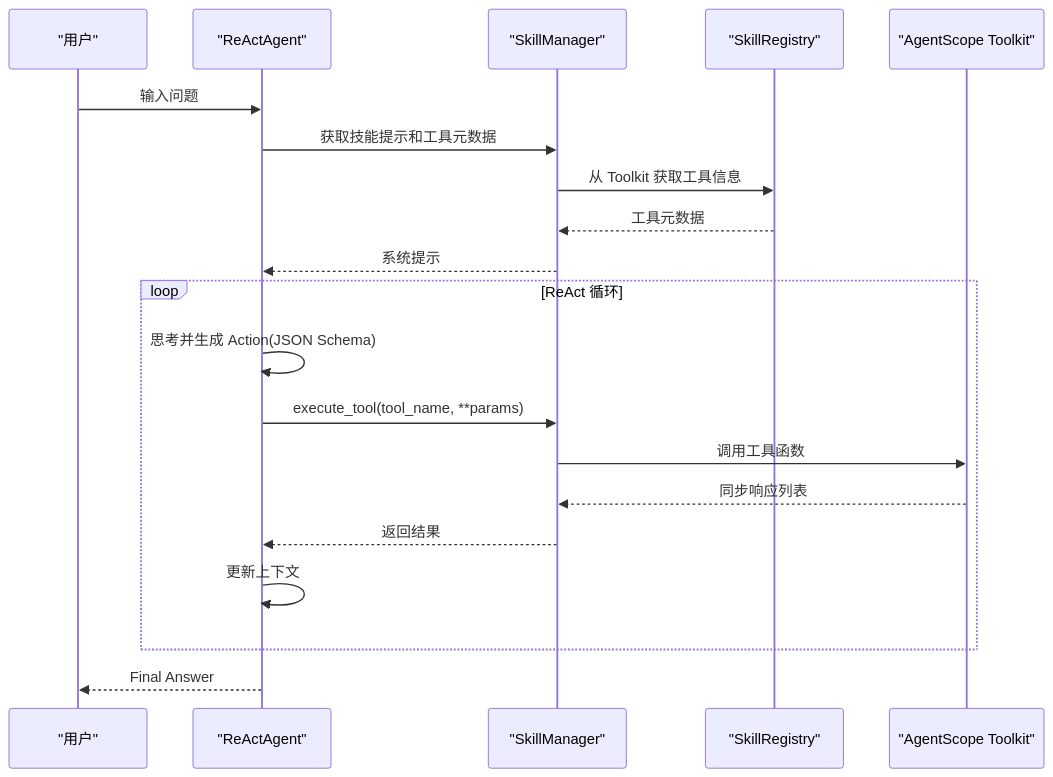
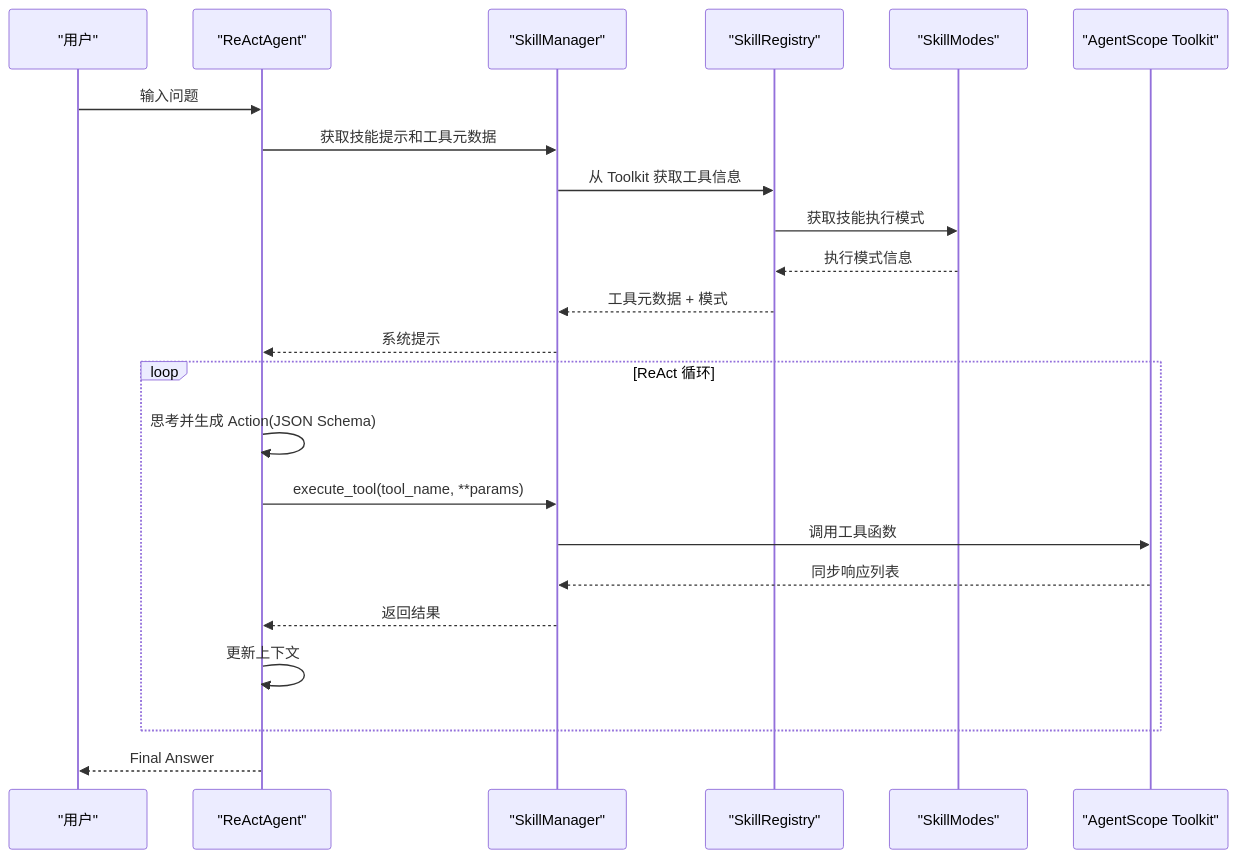
Before and after one commit to zhangdahai112/LocalManus: the eighth of 14 diagrams in .qoder/repowiki/zh/content/技能管理系统/技能管理系统.md, drawn with Mermaid. The commit also changed other lines of this file and 19 other files, not shown here.

````diff
--- a/.qoder/repowiki/zh/content/技能管理系统/技能管理系统.md
+++ b/.qoder/repowiki/zh/content/技能管理系统/技能管理系统.md
@@ -369,22 +372,25 @@
 ```mermaid
 sequenceDiagram
 participant User as "用户"
 participant RA as "ReActAgent"
 participant SM as "SkillManager"
 participant SR as "SkillRegistry"
+participant SD as "SkillModes"
 participant TK as "AgentScope Toolkit"
 User->>RA : 输入问题
 RA->>SM : 获取技能提示和工具元数据
 SM->>SR : 从 Toolkit 获取工具信息
-SR-->>SM : 工具元数据
+SR->>SD : 获取技能执行模式
+SD-->>SR : 执行模式信息
+SR-->>SM : 工具元数据 + 模式
 SM-->>RA : 系统提示
 loop ReAct 循环
 RA->>RA : 思考并生成 Action(JSON Schema)
 RA->>SM : execute_tool(tool_name, **params)
 SM->>TK : 调用工具函数
 TK-->>SM : 同步响应列表
 SM-->>RA : 返回结果
 RA->>RA : 更新上下文
 end
 RA-->>User : Final Answer
 ```
````
